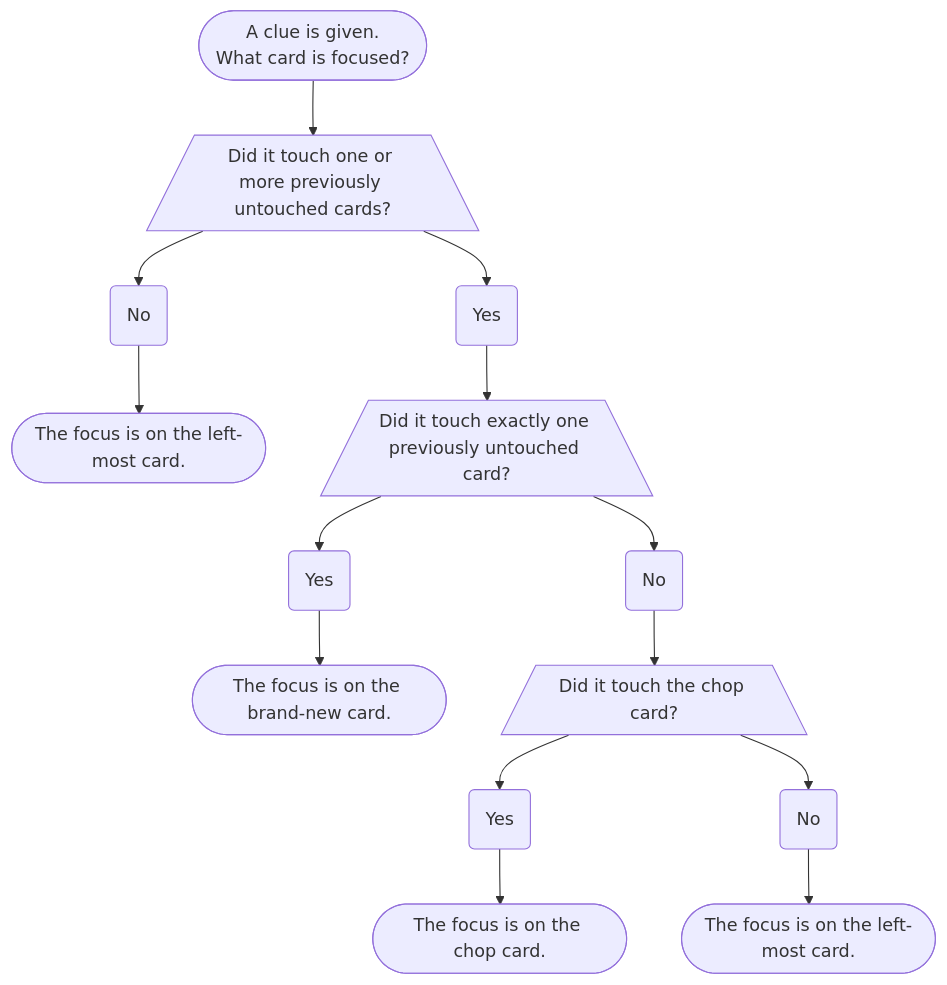
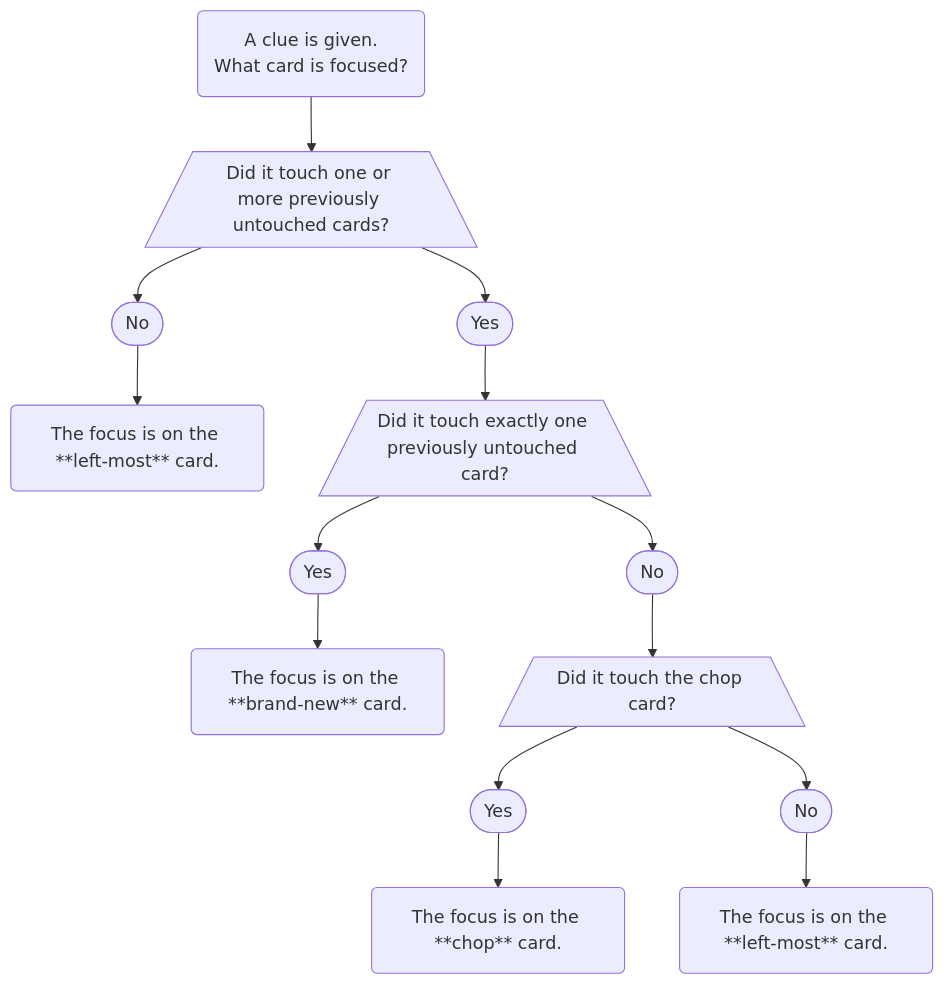
Before and after one commit to hanabi/hanabi.github.io: the diagram in docs/level-1.mdx, drawn with Mermaid. The commit also changed 1 other file, not shown here.

Commit message:
Changes to node shape and text formatting in Lvl 1 and 19 flowcharts

````diff
--- a/docs/level-1.mdx
+++ b/docs/level-1.mdx
@@ -58,35 +58,35 @@
 ```mermaid
 flowchart TD;
 
-S([A clue is given.<br />What card is focused?])
+S(A clue is given.<br />What card is focused?)
 D1[/Did it touch one or more previously untouched cards?\]
-D1Y(Yes)
-D1N(No)
-D1NL([The focus is on the left-most card.])
+D1Y([Yes])
+D1N([No])
+D1NL(The focus is on the **left-most** card.)
 D2[/Did it touch exactly one previously untouched card?\]
-D2Y(Yes)
-D2N(No)
-D2YL([The focus is on the brand-new card.])
+D2Y([Yes])
+D2N([No])
+D2YL(The focus is on the **brand-new** card.)
 D3[/Did it touch the chop card?\]
-D3Y(Yes)
-D3N(No)
-D3YL([The focus is on the chop card.])
-D3NL([The focus is on the left-most card.])
+D3Y([Yes])
+D3N([No])
+D3YL(The focus is on the **chop** card.)
+D3NL(The focus is on the **left-most** card.)
 
 class D1Y,D2Y,D3Y node-yes
 class D1N,D2N,D3N node-no
 
 S --> D1;
 D1 --> D1Y;
 D1 --> D1N;
 D1N --> D1NL;
 D1Y --> D2;
 D2 --> D2Y;
 D2 --> D2N;
 D2Y --> D2YL;
 D2N --> D3;
 D3 --> D3Y;
 D3 --> D3N;
 D3Y --> D3YL;
 D3N --> D3NL;
 ```
````
